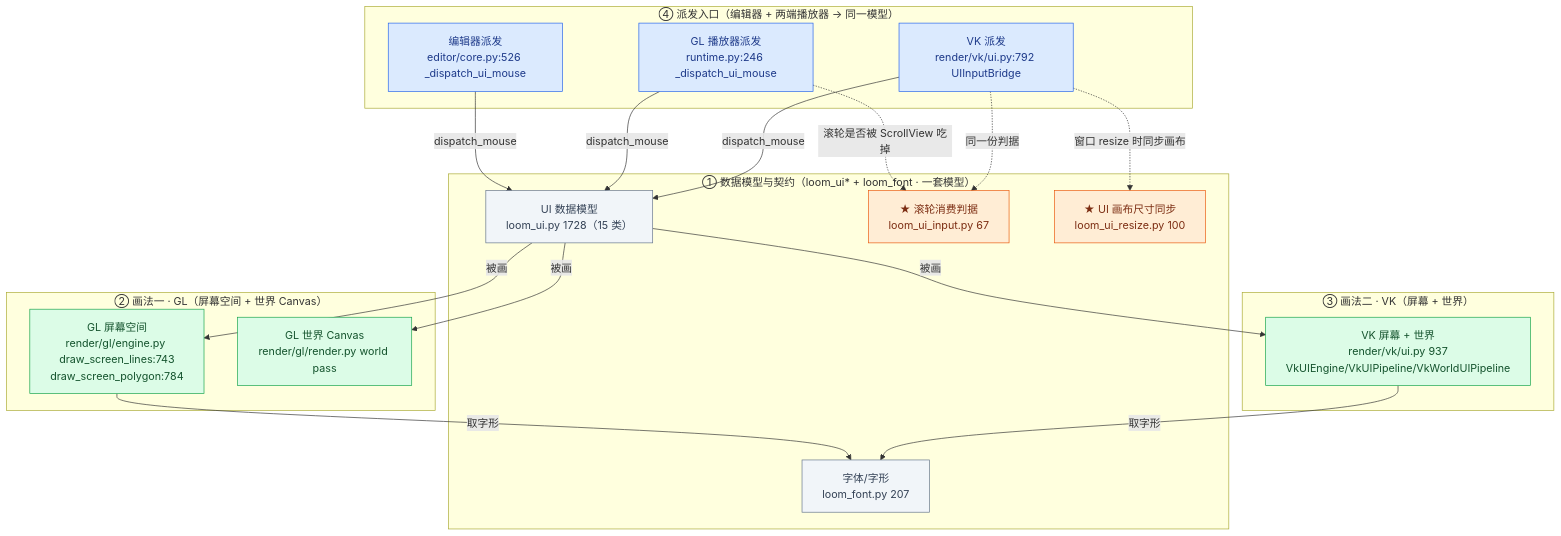
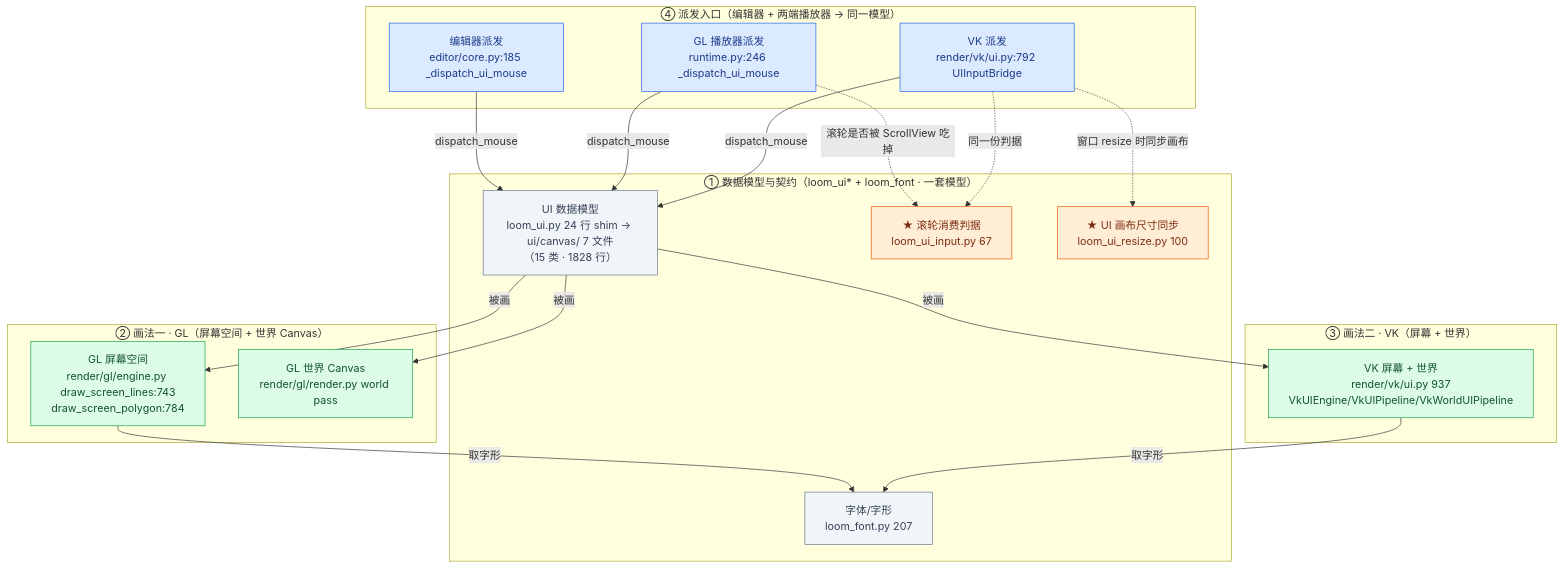
Before and after one commit to lhy302/WeaveEngine: the ninth of 23 diagrams in ARCHITECTURE.md, drawn with Mermaid. The commit also changed other lines of this file, not shown here.

First line of the commit message:
docs: ARCHITECTURE.md 同步 Q-B7-38-1 三批大文件拆分（逐项实测复核）

````diff
--- a/ARCHITECTURE.md
+++ b/ARCHITECTURE.md
@@ -559,36 +570,36 @@
 ```mermaid
 flowchart TB
   subgraph MODEL["① 数据模型与契约（loom_ui* + loom_font · 一套模型）"]
-    D["UI 数据模型<br/>loom_ui.py 1728（15 类）"]:::file
+    D["UI 数据模型<br/>loom_ui.py 24 行 shim → ui/canvas/ 7 文件<br/>（15 类 · 1828 行）"]:::file
     S1["★ 滚轮消费判据<br/>loom_ui_input.py 67"]:::contract
     S2["★ UI 画布尺寸同步<br/>loom_ui_resize.py 100"]:::contract
     F["字体/字形<br/>loom_font.py 207"]:::file
   end
   subgraph GLPAINT["② 画法一 · GL（屏幕空间 + 世界 Canvas）"]
     P1["GL 屏幕空间<br/>render/gl/engine.py draw_screen_lines:743<br/>draw_screen_polygon:784"]:::impl
     P2["GL 世界 Canvas<br/>render/gl/render.py world pass"]:::impl
   end
   subgraph VKPAINT["③ 画法二 · VK（屏幕 + 世界）"]
     P3["VK 屏幕 + 世界<br/>render/vk/ui.py 937<br/>VkUIEngine/VkUIPipeline/VkWorldUIPipeline"]:::impl
   end
   subgraph DISPATCH["④ 派发入口（编辑器 + 两端播放器 → 同一模型）"]
-    E1["编辑器派发<br/>editor/core.py:526 _dispatch_ui_mouse"]:::entry
+    E1["编辑器派发<br/>editor/core.py:185 _dispatch_ui_mouse"]:::entry
     E2["GL 播放器派发<br/>runtime.py:246 _dispatch_ui_mouse"]:::entry
     E3["VK 派发<br/>render/vk/ui.py:792 UIInputBridge"]:::entry
   end
   D -->|被画| P1
   D -->|被画| P2
   D -->|被画| P3
   P1 -->|取字形| F
   P3 -->|取字形| F
   E1 -->|dispatch_mouse| D
   E2 -->|dispatch_mouse| D
   E3 -->|dispatch_mouse| D
   E2 -.->|滚轮是否被 ScrollView 吃掉| S1
   E3 -.->|同一份判据| S1
   E3 -.->|窗口 resize 时同步画布| S2
   classDef entry fill:#dbeafe,stroke:#2563eb,color:#1e3a8a
   classDef impl fill:#dcfce7,stroke:#16a34a,color:#14532d
   classDef contract fill:#ffedd5,stroke:#ea580c,color:#7c2d12
   classDef file fill:#f1f5f9,stroke:#64748b,color:#334155
 ```
````
